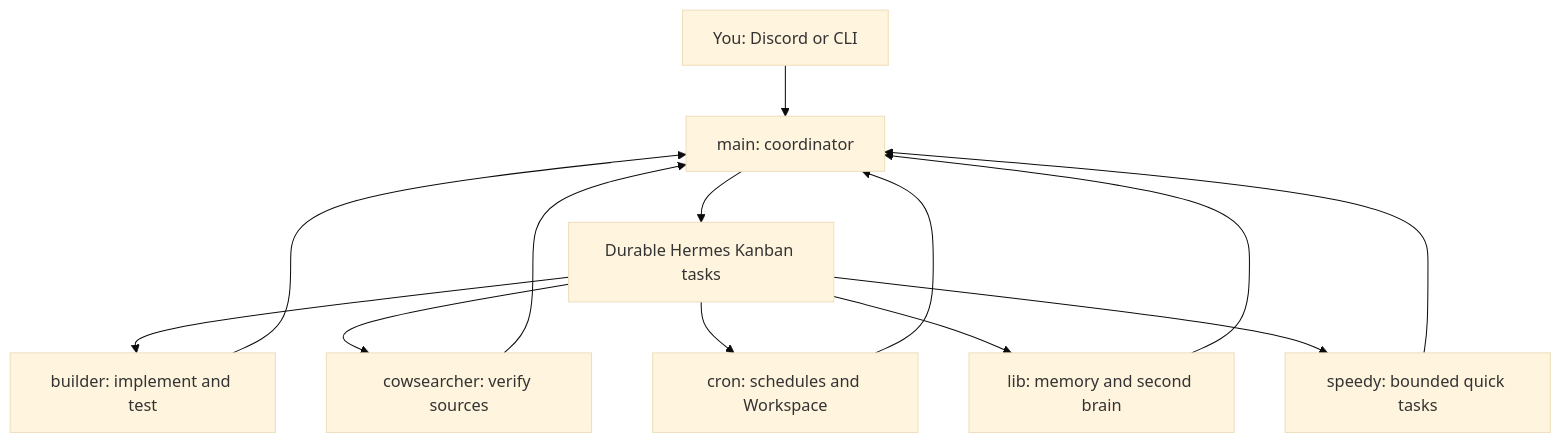
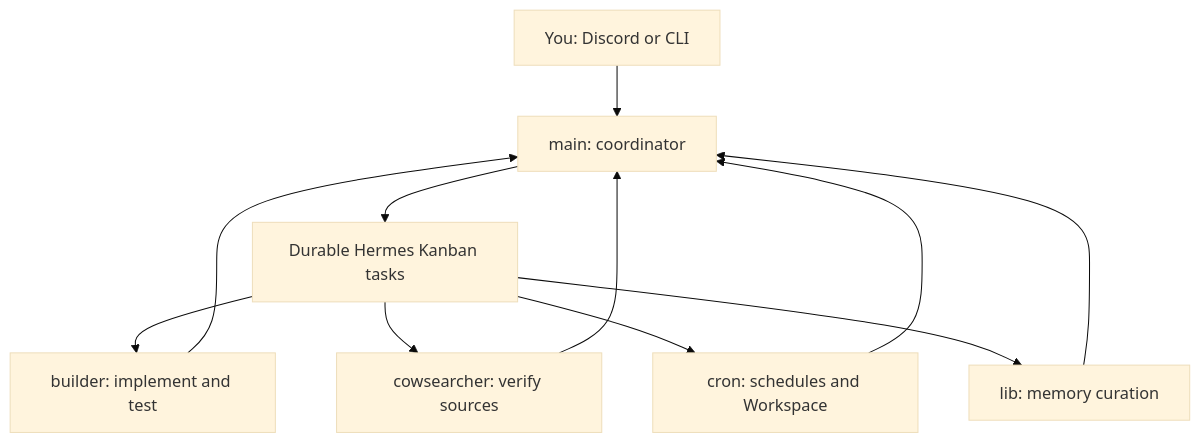
Before and after one commit to iliekhotdogs/wesley-hermes: the diagram in README.md, drawn with Mermaid (base theme). The commit also changed other lines of this file and 1438 other files, not shown here.

````diff
--- a/README.md
+++ b/README.md
@@ -24,15 +23,13 @@
 ```mermaid
 flowchart TD
     You[You: Discord or CLI] --> Main[main: coordinator]
     Main --> Board[Durable Hermes Kanban tasks]
     Board --> Builder[builder: implement and test]
     Board --> Research[cowsearcher: verify sources]
     Board --> Cron[cron: schedules and Workspace]
-    Board --> Lib[lib: memory and second brain]
-    Board --> Speedy[speedy: bounded quick tasks]
+    Board --> Lib[lib: memory curation]
     Builder --> Main
     Research --> Main
     Cron --> Main
     Lib --> Main
-    Speedy --> Main
 ```
````
